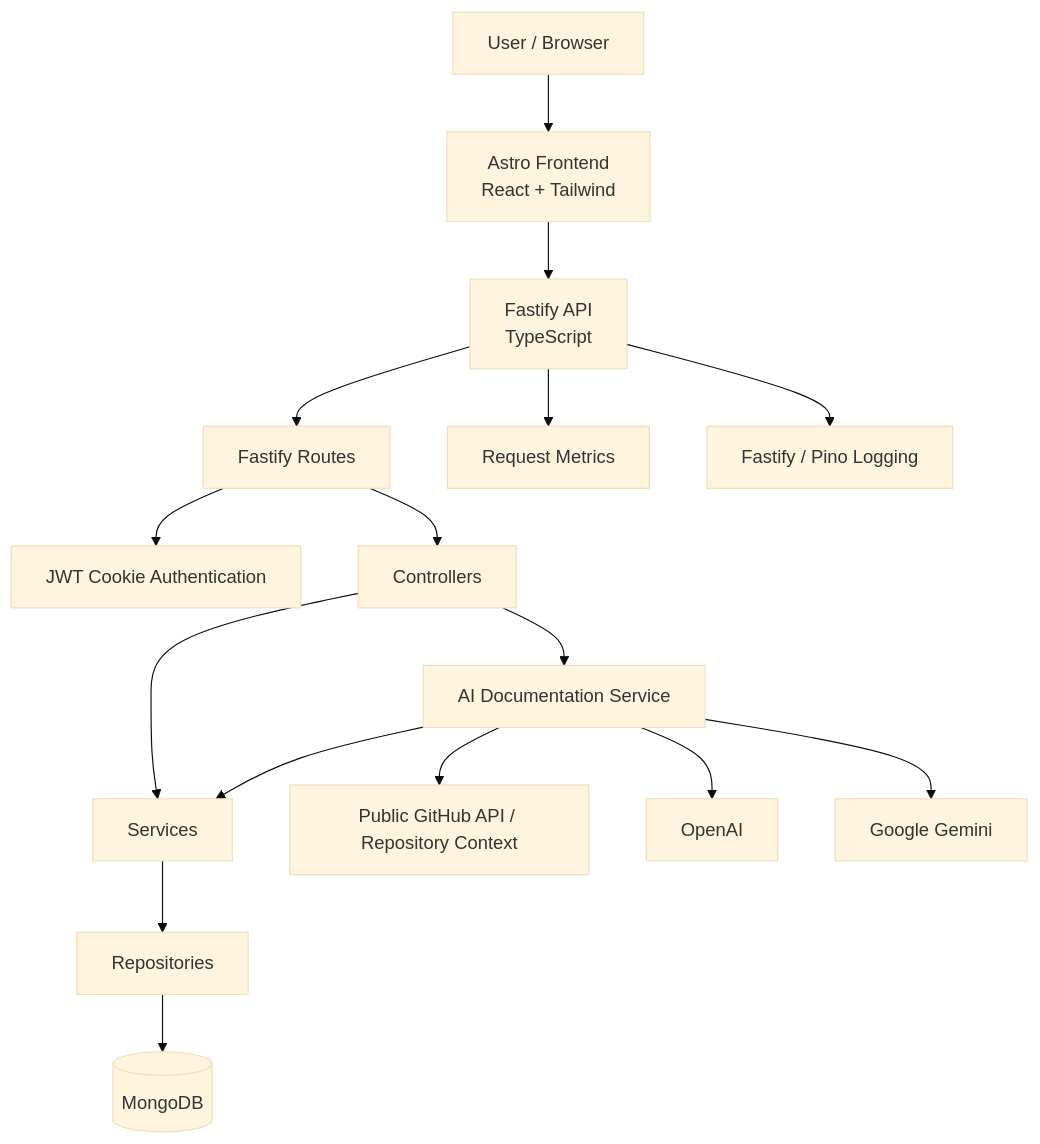
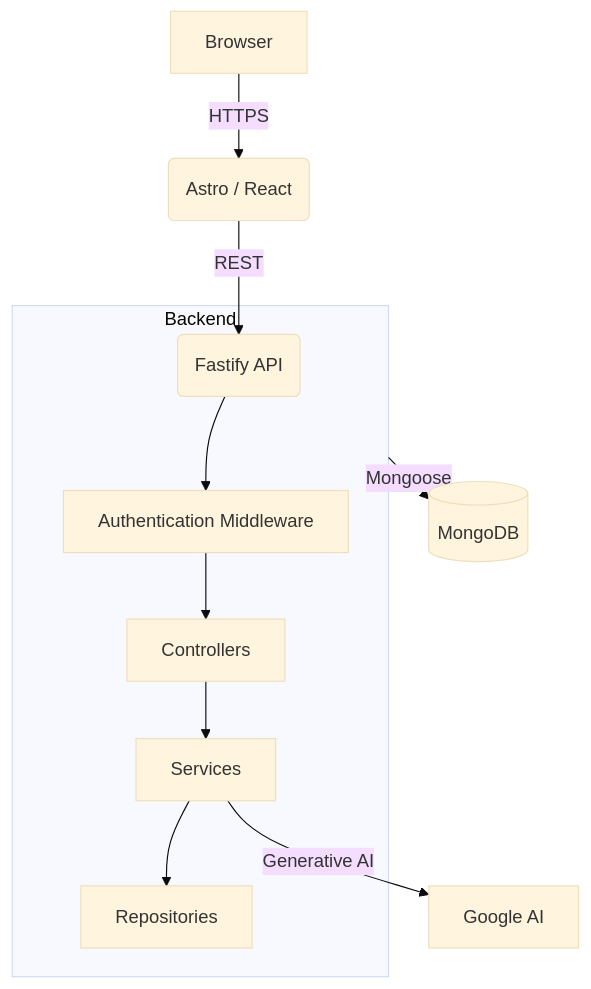
One commit to AeSoul0/CodeForge changed the diagram in README.md. Above: the diagram before and after it, drawn with Mermaid (base theme). The commit also changed other lines of this file and 42 other files, not shown here.

Commit message:
feat(core): complete full roadmap implementation with enterprise-grade standards

````diff
--- a/README.md
+++ b/README.md
@@ -112,39 +15,15 @@
 ```mermaid
-flowchart TD
-    Browser[User / Browser]
-
-    Frontend[Astro Frontend<br/>React + Tailwind]
-    Backend[Fastify API<br/>TypeScript]
-    Auth[JWT Cookie Authentication]
-    Routes[Fastify Routes]
-    Controllers[Controllers]
-    Services[Services]
-    Repositories[Repositories]
-    Mongo[(MongoDB)]
-
-    AI[AI Documentation Service]
-    GitHub[Public GitHub API / Repository Context]
-    OpenAI[OpenAI]
-    Gemini[Google Gemini]
-
-    Metrics[Request Metrics]
-    Logs[Fastify / Pino Logging]
-
-    Browser --> Frontend
-    Frontend --> Backend
-    Backend --> Routes
-    Routes --> Auth
-    Routes --> Controllers
-    Controllers --> Services
-    Services --> Repositories
-    Repositories --> Mongo
-
-    Controllers --> AI
-    AI --> GitHub
-    AI --> OpenAI
-    AI --> Gemini
-    AI --> Services
-
-    Backend --> Metrics
-    Backend --> Logs
+graph TD
+    Browser[Browser] -->|HTTPS| Frontend(Astro / React)
+    Frontend -->|REST| API(Fastify API)
+    
+    subgraph Backend
+        API --> Auth[Authentication Middleware]
+        Auth --> Controllers
+        Controllers --> Services
+        Services --> Repositories
+    end
+    
+    Backend -->|Mongoose| MongoDB[(MongoDB)]
+    Services -->|Generative AI| VertexAI[Google AI]
 ```
````
